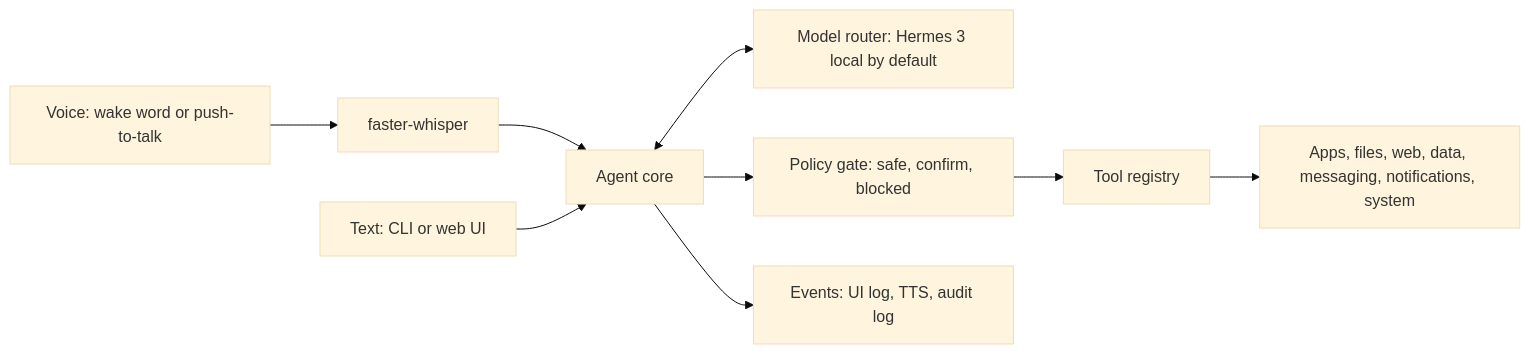
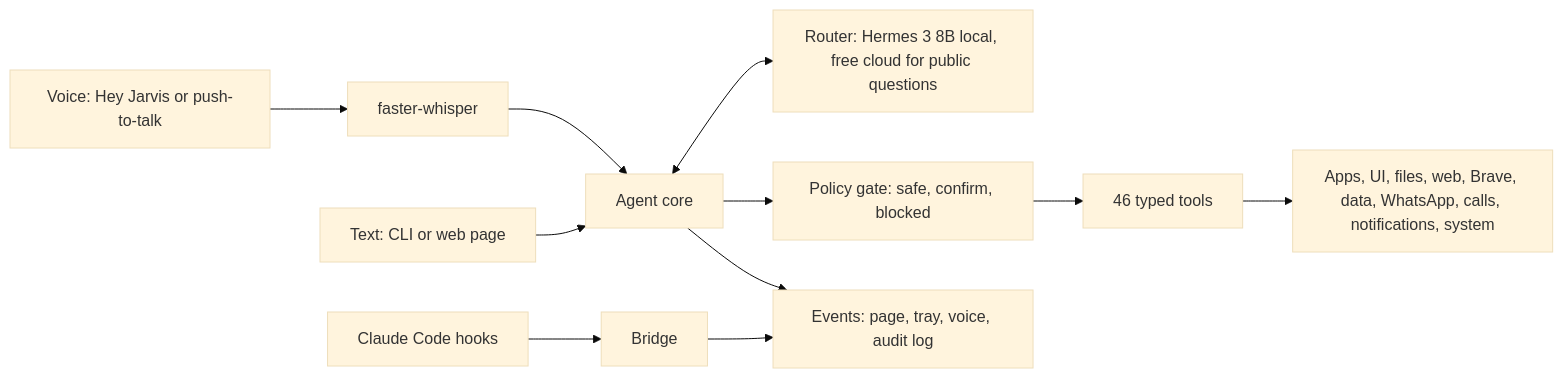
The diagram in README.md (PreeyasTumulu/JARVIS), drawn with Mermaid (base theme) before and after one commit. The commit also changed other lines of this file and 14 other files, not shown here.

````diff
--- a/README.md
+++ b/README.md
@@ -29,11 +47,12 @@
 ```mermaid
 flowchart LR
-  V[Voice: wake word or push-to-talk] --> STT[faster-whisper]
+  V[Voice: Hey Jarvis or push-to-talk] --> STT[faster-whisper]
   STT --> A[Agent core]
-  T[Text: CLI or web UI] --> A
-  A <--> M[Model router: Hermes 3 local by default]
+  T[Text: CLI or web page] --> A
+  A <--> M[Router: Hermes 3 8B local, free cloud for public questions]
   A --> P[Policy gate: safe, confirm, blocked]
-  P --> R[Tool registry]
-  R --> W[Apps, files, web, data, messaging, notifications, system]
-  A --> E[Events: UI log, TTS, audit log]
+  P --> R[46 typed tools]
+  R --> W[Apps, UI, files, web, Brave, data, WhatsApp, calls, notifications, system]
+  A --> E[Events: page, tray, voice, audit log]
+  C[Claude Code hooks] --> B[Bridge] --> E
 ```
````
